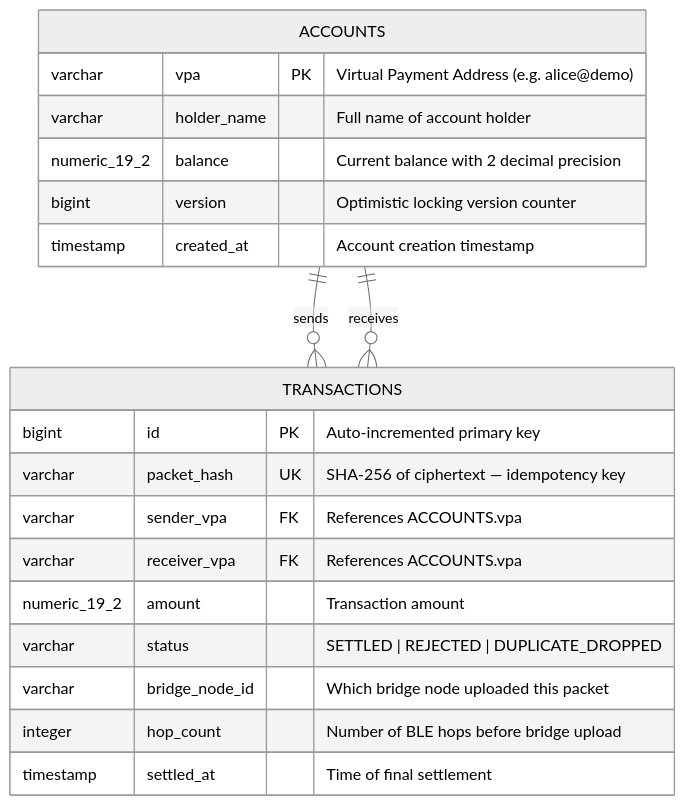
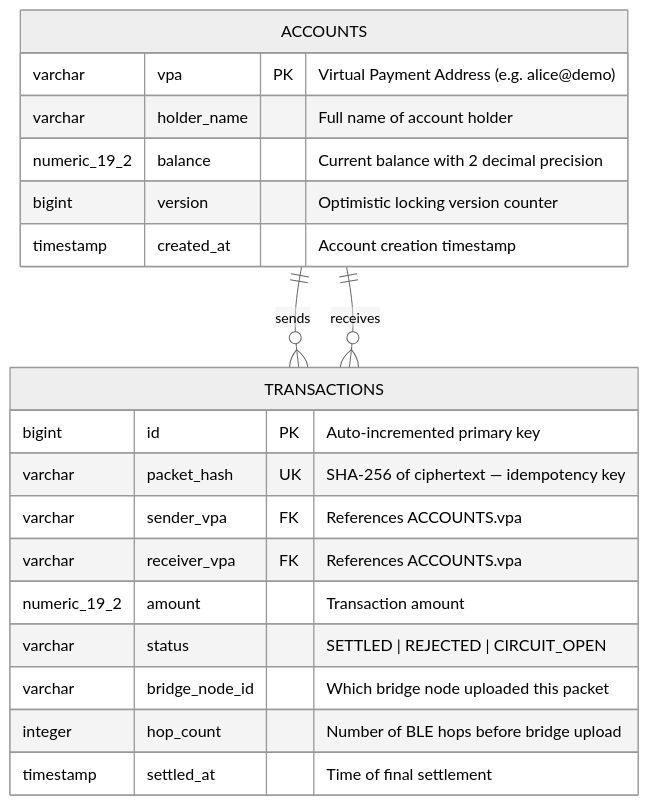
The fourth of 4 diagrams in README.md (nims-creation/TrustMesh), drawn with Mermaid (neutral theme) before and after one commit. The commit also changed other lines of this file and 5 other files, not shown here.

````diff
--- a/README.md
+++ b/README.md
@@ -312,25 +360,25 @@
 ```mermaid
 erDiagram
     ACCOUNTS {
         varchar vpa PK "Virtual Payment Address (e.g. alice@demo)"
         varchar holder_name "Full name of account holder"
         numeric_19_2 balance "Current balance with 2 decimal precision"
         bigint version "Optimistic locking version counter"
         timestamp created_at "Account creation timestamp"
     }
 
     TRANSACTIONS {
         bigint id PK "Auto-incremented primary key"
         varchar packet_hash UK "SHA-256 of ciphertext — idempotency key"
         varchar sender_vpa FK "References ACCOUNTS.vpa"
         varchar receiver_vpa FK "References ACCOUNTS.vpa"
         numeric_19_2 amount "Transaction amount"
-        varchar status "SETTLED | REJECTED | DUPLICATE_DROPPED"
+        varchar status "SETTLED | REJECTED | CIRCUIT_OPEN"
         varchar bridge_node_id "Which bridge node uploaded this packet"
         integer hop_count "Number of BLE hops before bridge upload"
         timestamp settled_at "Time of final settlement"
     }
 
     ACCOUNTS ||--o{ TRANSACTIONS : "sends"
     ACCOUNTS ||--o{ TRANSACTIONS : "receives"
 ```
````
